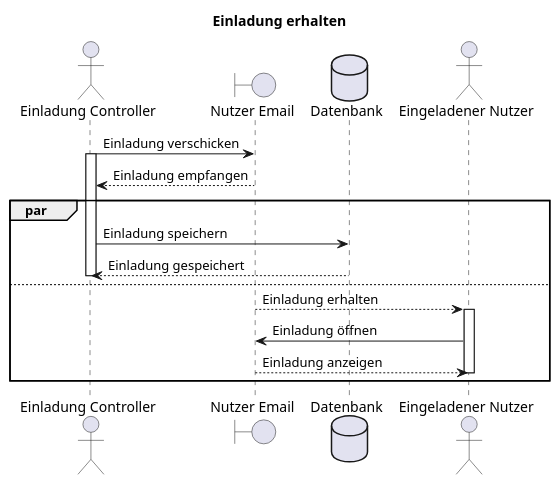
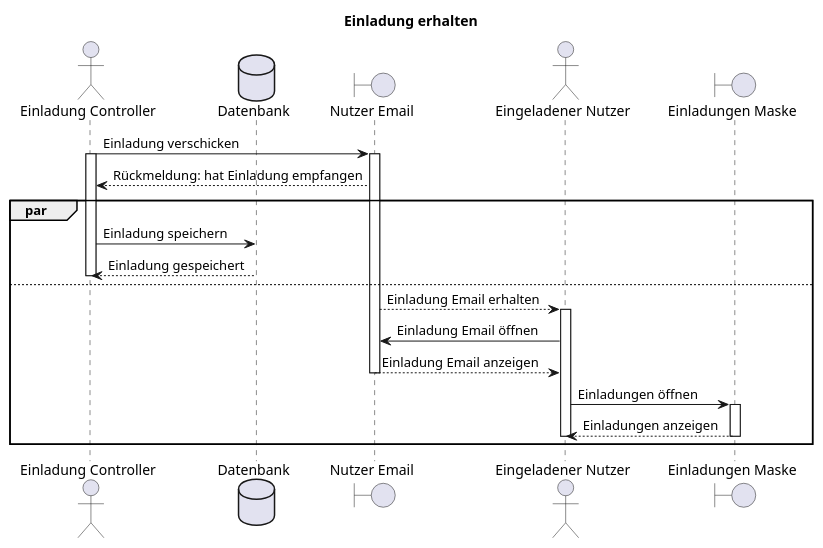
Before and after one commit to party-time-2/party-time: the diagram in docs/requirements-src/F007/F007_einladungErhalten_seq.plantuml, drawn with PlantUML. The commit also changed 21 other files, not shown here.

Commit message:
Plantuml rework

```diff
--- a/docs/requirements-src/F007/F007_einladungErhalten_seq.plantuml
+++ b/docs/requirements-src/F007/F007_einladungErhalten_seq.plantuml
@@ -1,23 +1,30 @@
 @startuml F007_einladungErhalten_seq
 title "Einladung erhalten"
 
 actor "Einladung Controller" as controller
+database "Datenbank" as db
 boundary "Nutzer Email" as userMail
-database "Datenbank" as db
 actor "Eingeladener Nutzer" as user
+boundary "Einladungen Maske" as inviteMask
 
 controller -> userMail: Einladung verschicken
 activate controller
-controller <-- userMail: Einladung empfangen
+activate userMail
+controller <-- userMail: Rückmeldung: hat Einladung empfangen
 par
 controller -> db: Einladung speichern
 controller <-- db: Einladung gespeichert
 deactivate controller
 else
-userMail --> user: Einladung erhalten
+userMail --> user: Einladung Email erhalten
 activate user
-userMail <- user: Einladung öffnen
-userMail --> user: Einladung anzeigen
+userMail <- user: Einladung Email öffnen
+userMail --> user: Einladung Email anzeigen
+deactivate userMail
+user -> inviteMask: Einladungen öffnen
+activate inviteMask
+user <-- inviteMask: Einladungen anzeigen
+deactivate inviteMask
 deactivate user
 end
 @enduml
```
